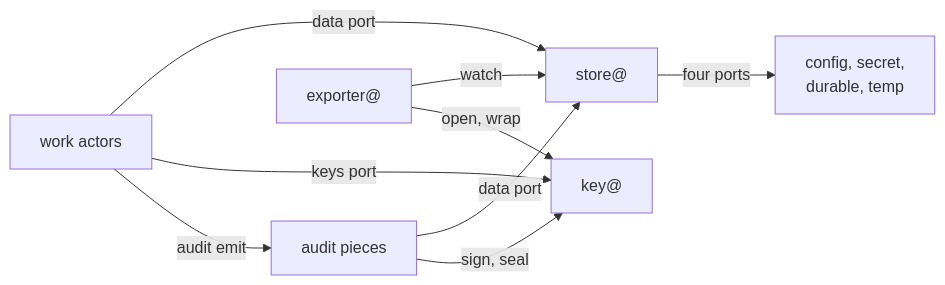
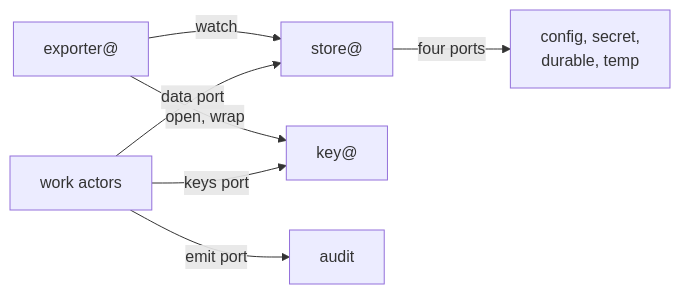
One commit to truvity/sluis changed the first of 4 diagrams in docs/architecture/components.md. Above: the diagram before and after it, drawn with Mermaid. The commit also changed other lines of this file and 154 other files, not shown here.

````diff
--- a/docs/architecture/components.md
+++ b/docs/architecture/components.md
@@ -24,11 +23,9 @@
 ```mermaid
 flowchart LR
   work["work actors"] -- "data port" --> store["store@"]
   work -- "keys port" --> key["key@"]
-  work -- "audit emit" --> audit["audit pieces"]
-  audit -- "data port" --> store
-  audit -- "sign, seal" --> key
+  work -- "emit port" --> audit["audit"]
   exp["exporter@"] -- "watch" --> store
   exp -- "open, wrap" --> key
   store -- "four ports" --> classes["config, secret,<br/>durable, temp"]
 ```
````
